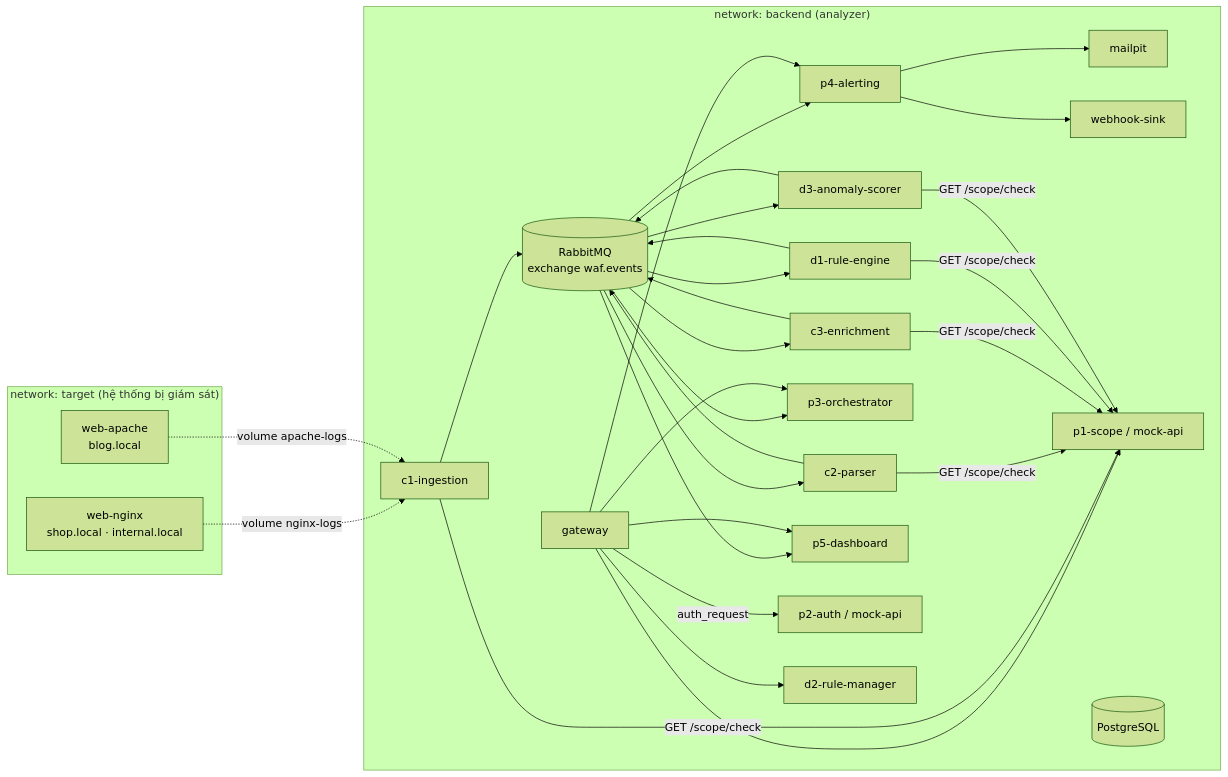
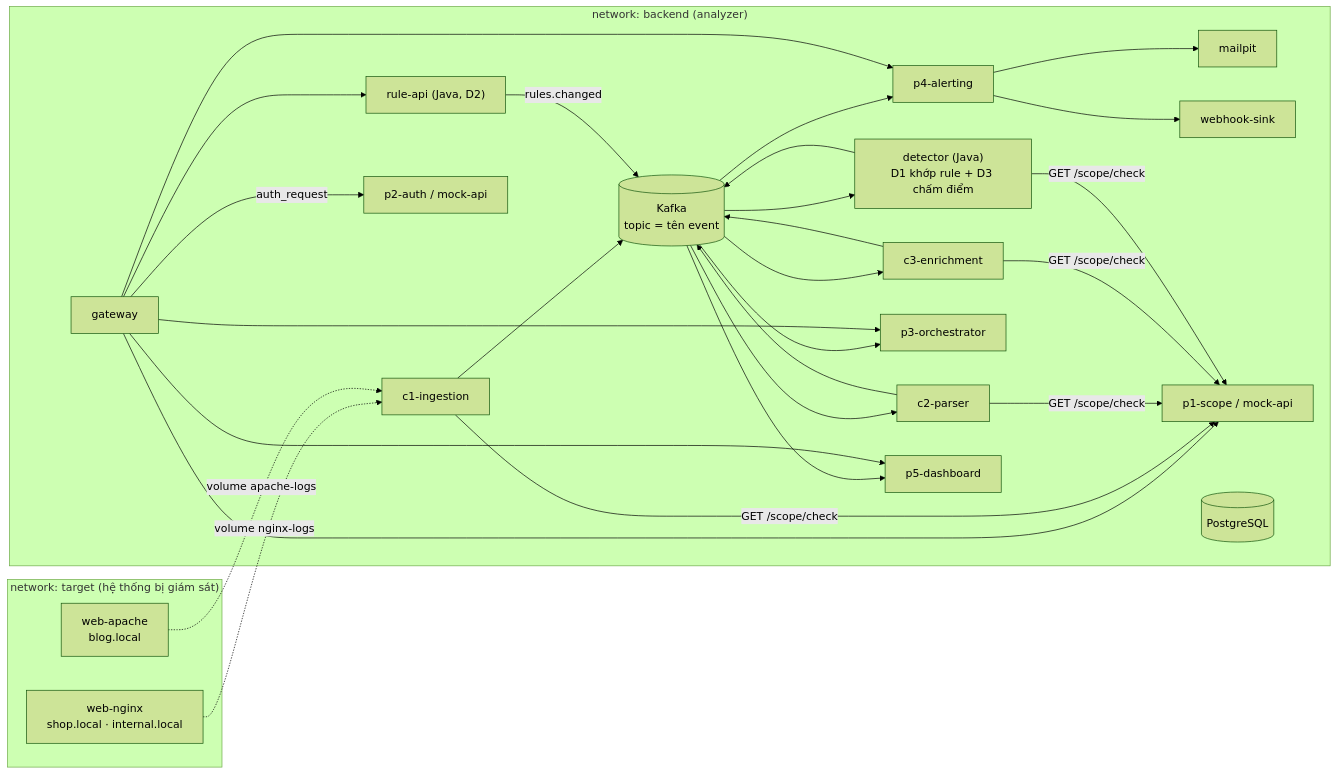
The diagram in docs/infrastructure.md (tranbadat/IT6027), drawn with Mermaid (forest theme) before and after one commit. The commit also changed other lines of this file and 123 other files, not shown here.

First line of the commit message:
feat: chuyển event bus sang Kafka, tích hợp detector Java

````diff
--- a/docs/infrastructure.md
+++ b/docs/infrastructure.md
@@ -35,31 +35,31 @@
 ```mermaid
 flowchart LR
   subgraph target["network: target (hệ thống bị giám sát)"]
     WN["web-nginx<br/>shop.local · internal.local"]
     WA["web-apache<br/>blog.local"]
   end
 
   WN -. "volume nginx-logs" .-> C1
   WA -. "volume apache-logs" .-> C1
 
   subgraph backend["network: backend (analyzer)"]
-    C1[c1-ingestion] --> MQ[("RabbitMQ<br/>exchange waf.events")]
+    C1[c1-ingestion] --> MQ[("Kafka<br/>topic = tên event")]
     MQ --> C2[c2-parser] --> MQ
     MQ --> C3[c3-enrichment] --> MQ
-    MQ --> D1[d1-rule-engine] --> MQ
-    MQ --> D3[d3-anomaly-scorer] --> MQ
+    MQ --> DET["detector (Java)<br/>D1 khớp rule + D3 chấm điểm"] --> MQ
+    RA["rule-api (Java, D2)"] -- "rules.changed" --> MQ
     MQ --> P3[p3-orchestrator]
     MQ --> P4[p4-alerting]
     MQ --> P5[p5-dashboard]
     P4 --> MP[mailpit]
     P4 --> WH[webhook-sink]
     GW[gateway] -- auth_request --> AUTH["p2-auth / mock-api"]
     GW --> SCOPE["p1-scope / mock-api"]
-    GW --> D2[d2-rule-manager]
+    GW --> RA
     GW --> P3
     GW --> P4
     GW --> P5
-    C1 & C2 & C3 & D1 & D3 -- "GET /scope/check" --> SCOPE
+    C1 & C2 & C3 & DET -- "GET /scope/check" --> SCOPE
     PG[("PostgreSQL")]
   end
 ```
````
